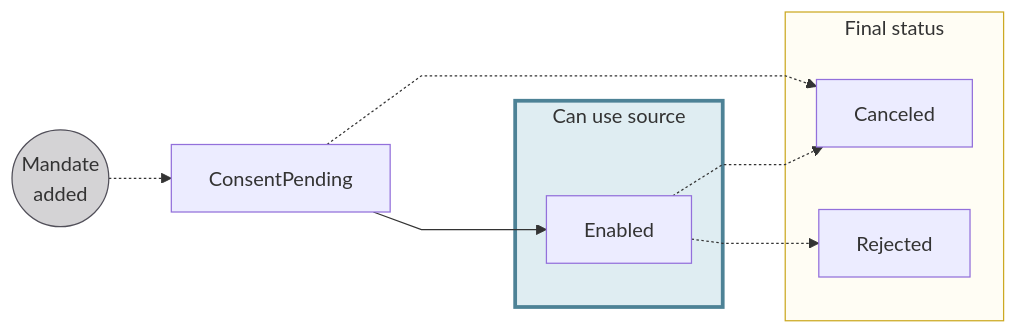
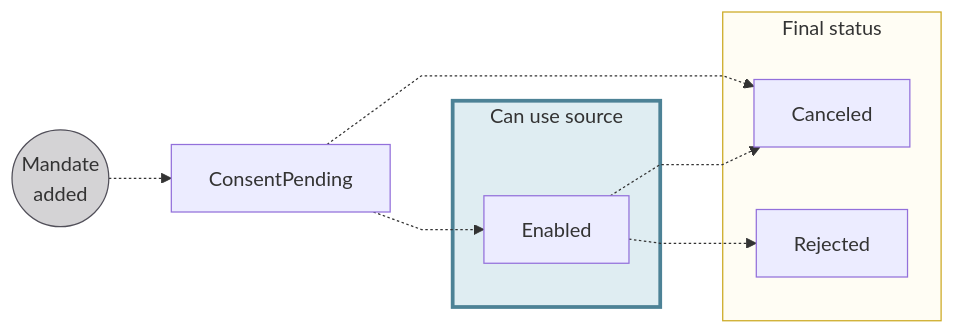
Before and after one commit to swan-io/docs: the third of 3 diagrams in docs/topics/accounts/funding/index.mdx, drawn with Mermaid. The commit also changed other lines of this file and 3 other files, not shown here.

````diff
--- a/docs/topics/accounts/funding/index.mdx
+++ b/docs/topics/accounts/funding/index.mdx
@@ -105,19 +116,19 @@
 ```mermaid
 %%{ init: { 'flowchart': { 'curve': 'linear' } } }%%
 flowchart LR
     AMA((Mandate<br/>added)) -.-> CP[ConsentPending]
-    CP ---> E[Enabled]
+    CP -.-> E[Enabled]
     CP -.-> C[Canceled]
     E -.->R[Rejected]
     E -.-> C
     subgraph U[Can use source]
         E
     end
     subgraph F[Final status]
         C
         R
     end
     style AMA fill:#D4D3D5,stroke:#514F59
     style F fill:#fffdf4,stroke:#cca922
     style U fill:#dfedf2,stroke:#4d8296, stroke-width:3px
 ```
````
